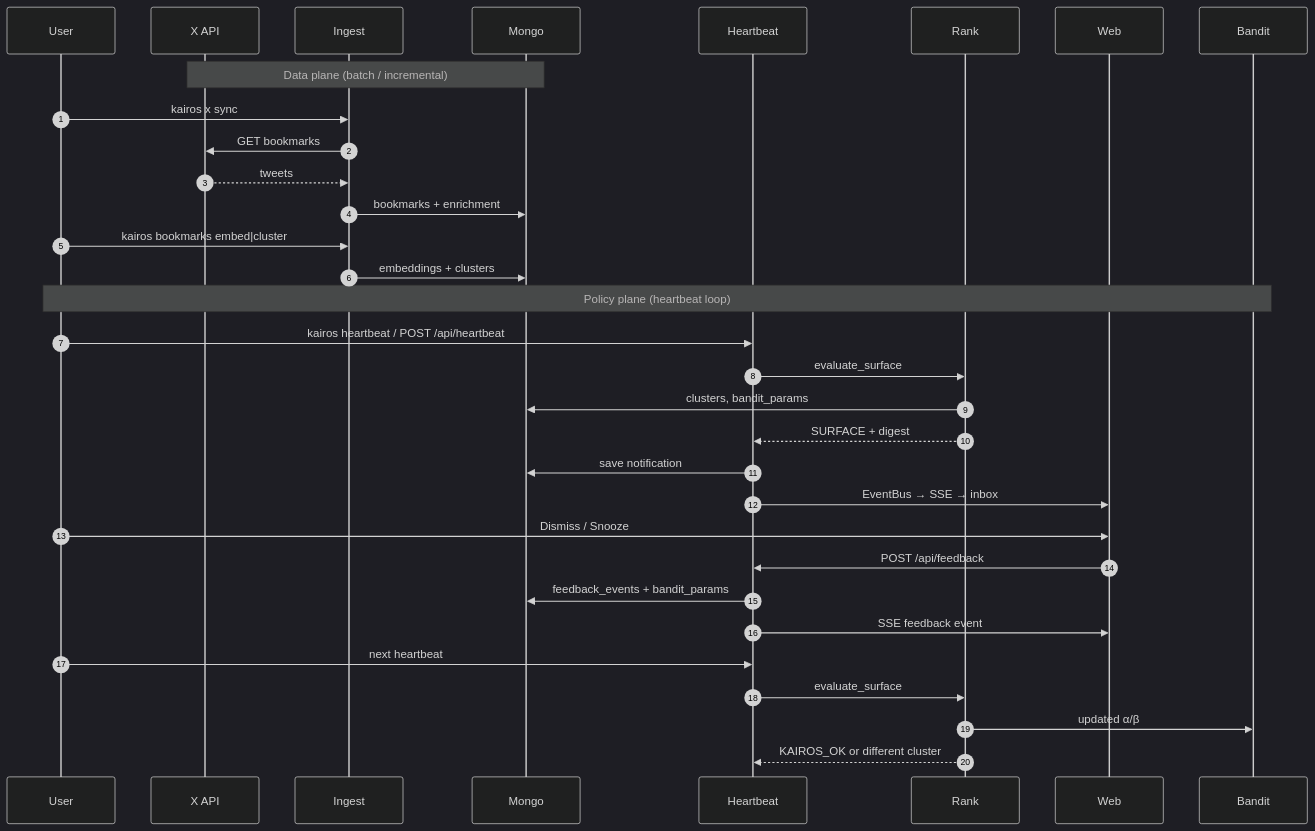
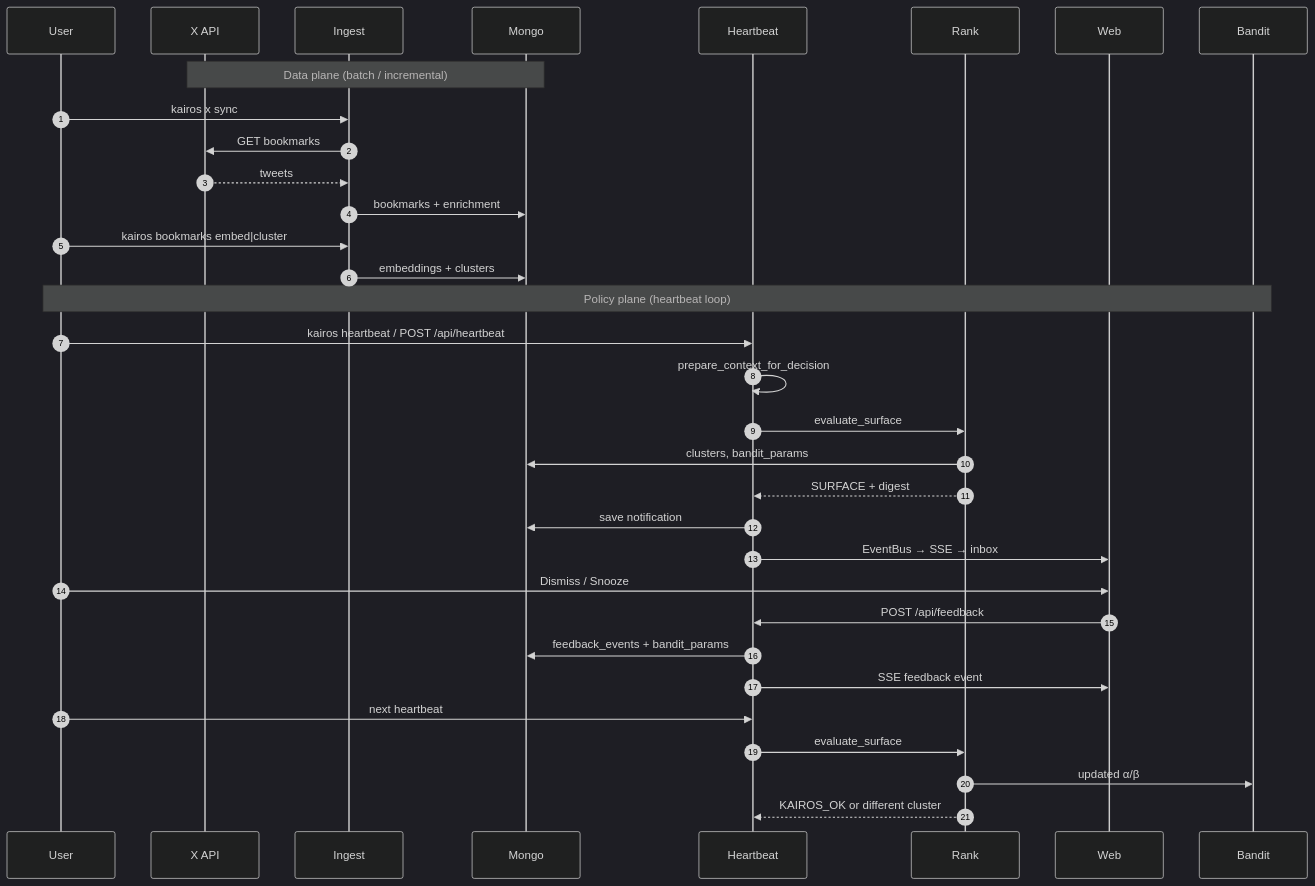
One commit to Sushmey/Kairos changed diagram 19 of 19 in docs/ARCHITECTURE.md. Above: the diagram before and after it, drawn with Mermaid (dark theme). The commit also changed other lines of this file and 126 other files, not shown here.

````diff
--- a/docs/ARCHITECTURE.md
+++ b/docs/ARCHITECTURE.md
@@ -676,38 +778,39 @@
 ```mermaid
 sequenceDiagram
     autonumber
     participant User
     participant X as X API
     participant Ingest
     participant Mongo
     participant Heartbeat
     participant Rank
     participant Web
     participant Bandit
 
     Note over X,Mongo: Data plane (batch / incremental)
     User->>Ingest: kairos x sync
     Ingest->>X: GET bookmarks
     X-->>Ingest: tweets
     Ingest->>Mongo: bookmarks + enrichment
     User->>Ingest: kairos bookmarks embed|cluster
     Ingest->>Mongo: embeddings + clusters
 
     Note over User,Bandit: Policy plane (heartbeat loop)
     User->>Heartbeat: kairos heartbeat / POST /api/heartbeat
+    Heartbeat->>Heartbeat: prepare_context_for_decision
     Heartbeat->>Rank: evaluate_surface
     Rank->>Mongo: clusters, bandit_params
     Rank-->>Heartbeat: SURFACE + digest
     Heartbeat->>Mongo: save notification
     Heartbeat->>Web: EventBus → SSE → inbox
 
     User->>Web: Dismiss / Snooze
     Web->>Heartbeat: POST /api/feedback
     Heartbeat->>Mongo: feedback_events + bandit_params
     Heartbeat->>Web: SSE feedback event
 
     User->>Heartbeat: next heartbeat
     Heartbeat->>Rank: evaluate_surface
     Rank->>Bandit: updated α/β
     Rank-->>Heartbeat: KAIROS_OK or different cluster
 ```
````
